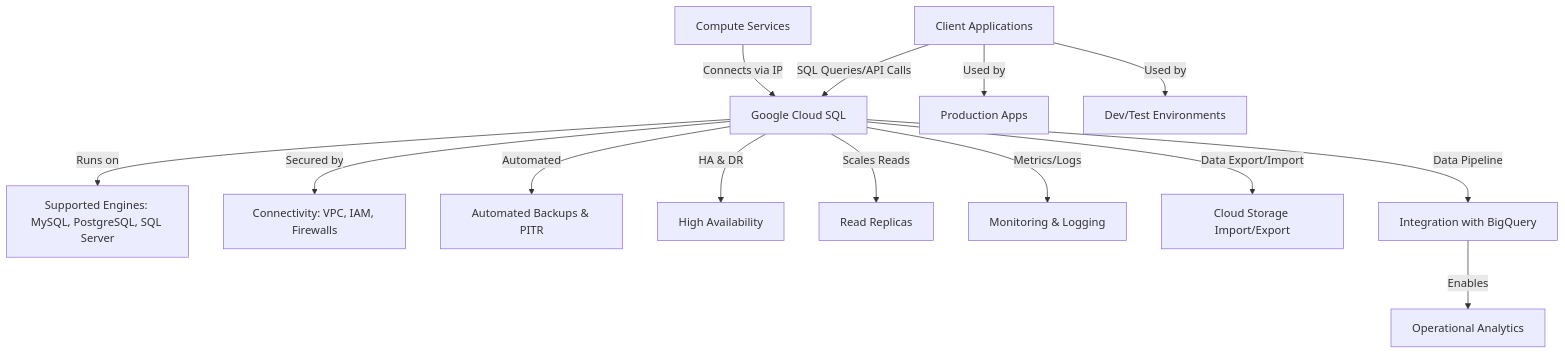
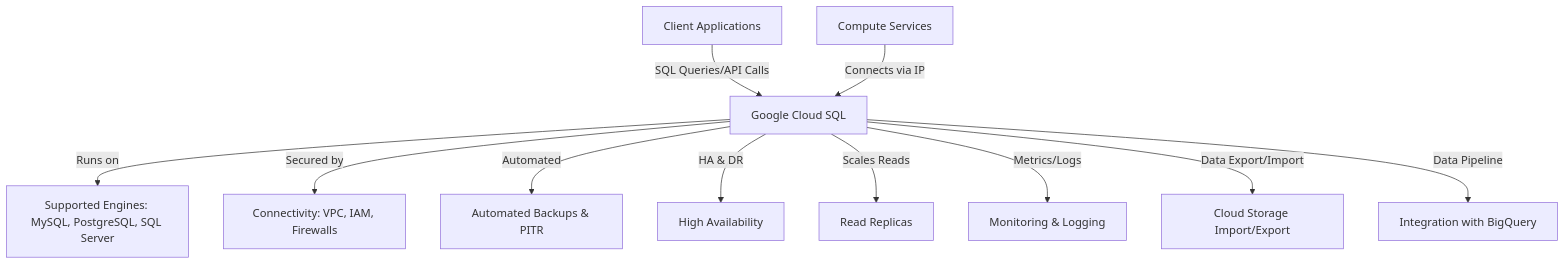
One commit to venkatsarath30/CloudSQL changed the first of 2 diagrams in 2. Cloud SQL Architecture.md. Above: the diagram before and after it, drawn with Mermaid.

````diff
--- a/2. Cloud SQL Architecture.md
+++ b/2. Cloud SQL Architecture.md
@@ -65,35 +65,25 @@
 ```mermaid
 flowchart TD
     A[Client Applications]
     D[Compute Services]
     B[Google Cloud SQL]
     C[Supported Engines: MySQL, PostgreSQL, SQL Server]
     E[Connectivity: VPC, IAM, Firewalls]
     F[Automated Backups & PITR]
     G[High Availability]
     H[Read Replicas]
     I[Monitoring & Logging]
     J[Integration with BigQuery]
     K[Cloud Storage Import/Export]
 
-    %% Connections
     A -- SQL Queries/API Calls --> B
     D -- Connects via IP --> B
     B -- Runs on --> C
     B -- Secured by --> E
     B -- Automated --> F
     B -- HA & DR --> G
     B -- Scales Reads --> H
     B -- Metrics/Logs --> I
     B -- Data Export/Import --> K
     B -- Data Pipeline --> J
-
-    %% Use Cases
-    UC1[Production Apps]
-    UC2[Dev/Test Environments]
-    UC3[Operational Analytics]
-
-    A -- Used by --> UC1
-    A -- Used by --> UC2
-    J -- Enables --> UC3
 ```
````
